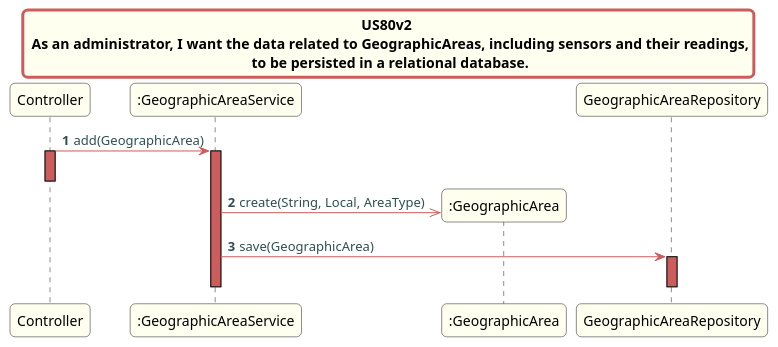
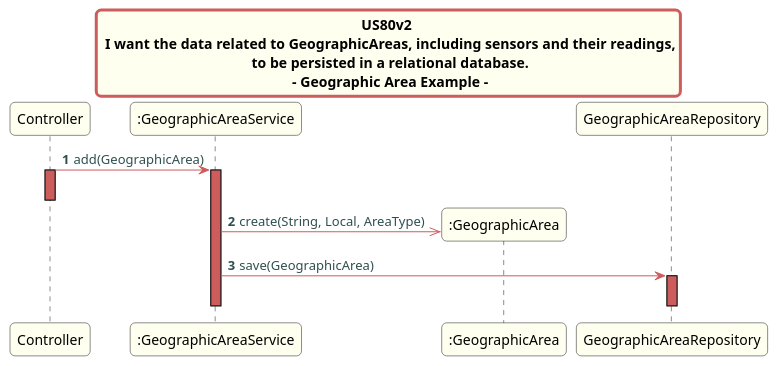
The diagram in src/doc/Controllers/OtherUS/US80v2/US80v2AG.puml (Almadanmp/project), drawn with PlantUML before and after one commit. The commit also changed 1 other file, not shown here.

Commit message:
REF#215 REF#197 updates class and sequence diagrams for US 80v2

```diff
--- a/src/doc/Controllers/OtherUS/US80v2/US80v2AG.puml
+++ b/src/doc/Controllers/OtherUS/US80v2/US80v2AG.puml
@@ -1,42 +1,42 @@
 @startuml
 title US015v2 \n REF XML file.
 skinparam titleBorderRoundCorner 10
 skinparam titleBorderThickness 3
 skinparam titleBorderColor indianred
 skinparam titleBackgroundColor ivory
 skinparam FontName quicksand
 
 skinparam actor {
   BorderColor indianred
   }
 
 skinparam sequence {
   LifeLineBackgroundColor indianred
   ParticipantBackgroundColor ivory
 }
 
 skinparam roundcorner 10
 
 skinparam component {
   arrowThickness 1
   ArrowFontName Verdana
   ArrowColor indianred
   ArrowFontColor darkslategrey
 }
 
 
-title US80v2 \n As an administrator, I want the data related to GeographicAreas, including sensors and their readings,\n to be persisted in a relational database.
+title US80v2 \n I want the data related to GeographicAreas, including sensors and their readings,\n to be persisted in a relational database.\n - Geographic Area Example -
 
 autonumber
 
 Controller -> ":GeographicAreaService": add(GeographicArea)
 activate Controller
 deactivate Controller
 create ":GeographicArea"
 activate ":GeographicAreaService"
 ":GeographicAreaService" ->> ":GeographicArea": create(String, Local, AreaType)
 ":GeographicAreaService" -> "GeographicAreaRepository": save(GeographicArea)
 activate "GeographicAreaRepository"
 deactivate "GeographicAreaRepository"
 deactivate ":GeographicAreaService"
 @enduml
```
